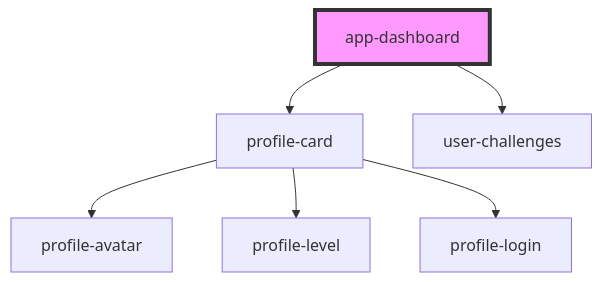
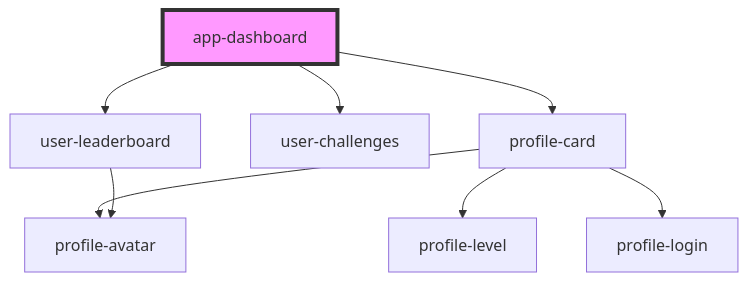
The diagram in src/components/pages/Dashboard/readme.md (siyabendoezdemir/progrow), drawn with Mermaid before and after one commit. The commit also changed other lines of this file and 22 other files, not shown here.

````diff
--- a/src/components/pages/Dashboard/readme.md
+++ b/src/components/pages/Dashboard/readme.md
@@ -16,9 +17,11 @@
 ```mermaid
 graph TD;
   app-dashboard --> profile-card
   app-dashboard --> user-challenges
+  app-dashboard --> user-leaderboard
   profile-card --> profile-avatar
   profile-card --> profile-level
   profile-card --> profile-login
+  user-leaderboard --> profile-avatar
   style app-dashboard fill:#f9f,stroke:#333,stroke-width:4px
 ```
````
